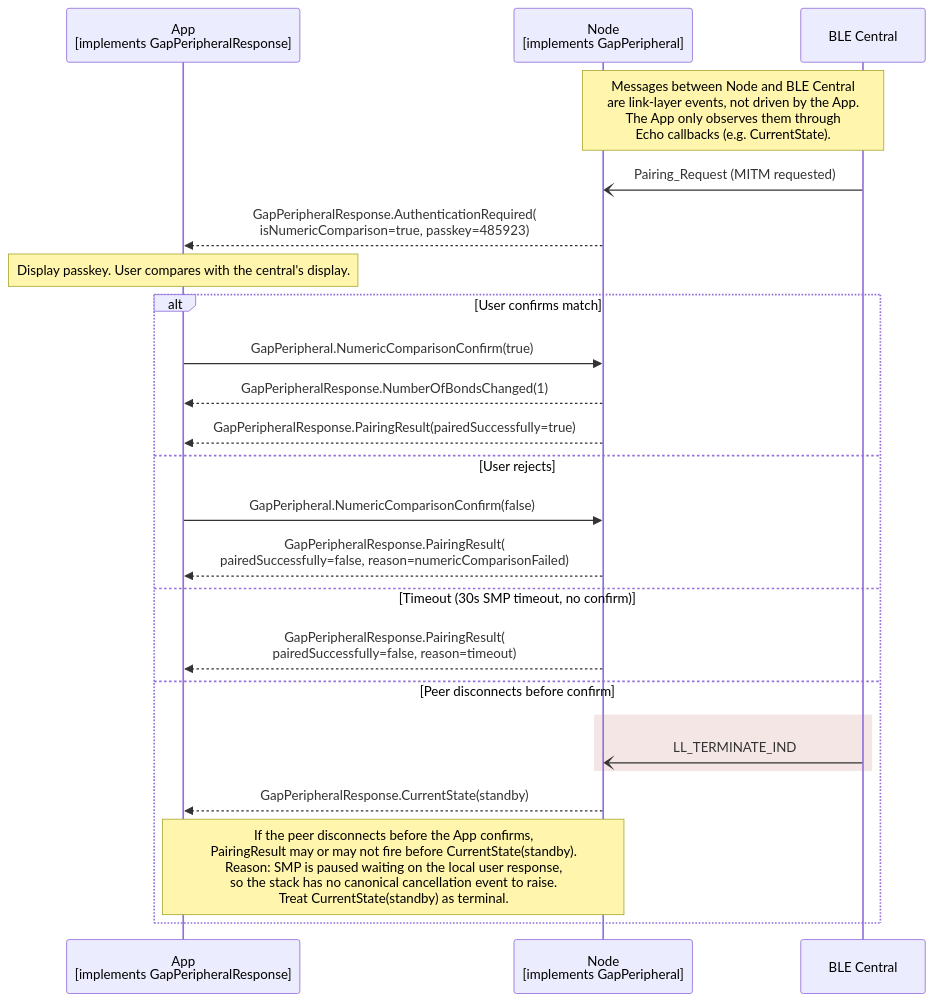
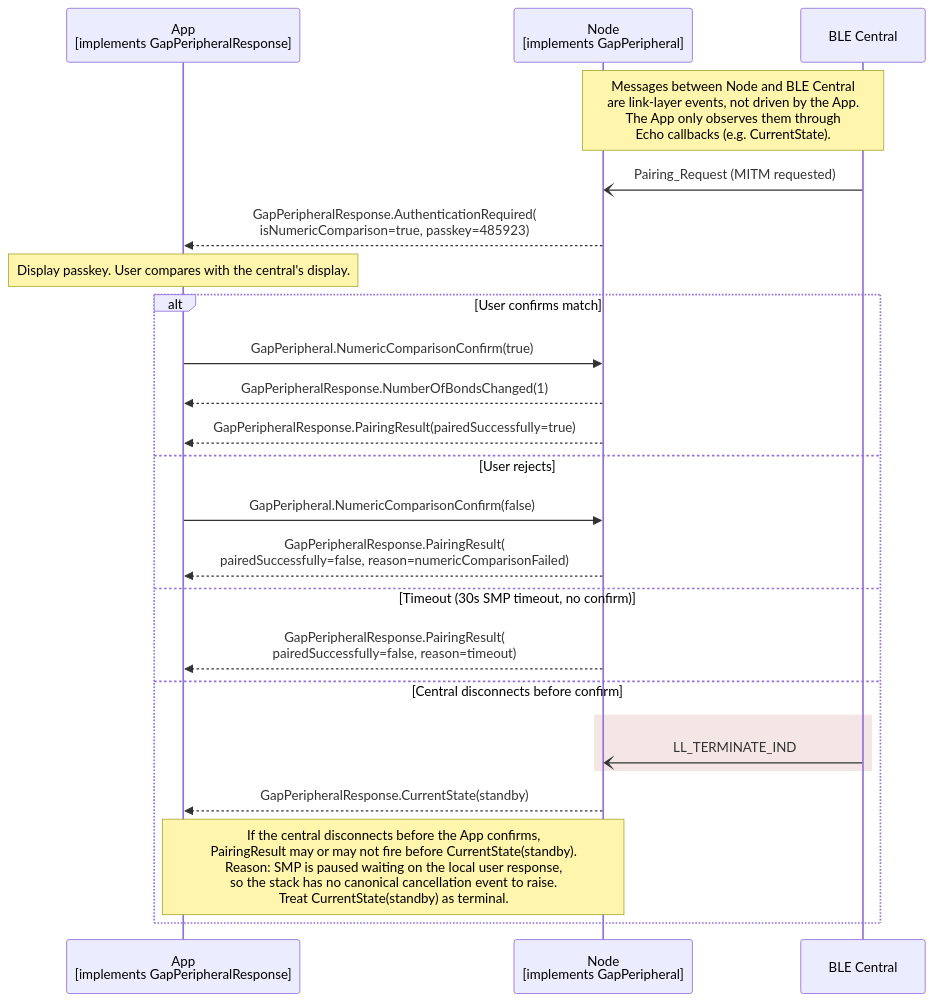
Before and after one commit to philips-software/amp-embedded-infra-lib: the diagram in documents/modules/ROOT/partials/echoservices/gap_peripheral/GapPeripheral_NumericComparisonConfirm_sequence.mmd, drawn with Mermaid. The commit also changed 10 other files, not shown here.

```diff
--- a/documents/modules/ROOT/partials/echoservices/gap_peripheral/GapPeripheral_NumericComparisonConfirm_sequence.mmd
+++ b/documents/modules/ROOT/partials/echoservices/gap_peripheral/GapPeripheral_NumericComparisonConfirm_sequence.mmd
@@ -1,28 +1,28 @@
 sequenceDiagram
     participant App as App<br>[implements GapPeripheralResponse]
     participant Node as Node<br>[implements GapPeripheral]
     participant Central as BLE Central
 
     Note over Node, Central: Messages between Node and BLE Central<br>are link-layer events, not driven by the App.<br>The App only observes them through<br>Echo callbacks (e.g. CurrentState).
 
     Central-)Node: Pairing_Request (MITM requested)
     Node-->>App: GapPeripheralResponse.AuthenticationRequired(<br>isNumericComparison=true, passkey=485923)
 
     Note over App: Display passkey. User compares with the central's display.
 
     alt User confirms match
         App->>Node: GapPeripheral.NumericComparisonConfirm(true)
         Node-->>App: GapPeripheralResponse.NumberOfBondsChanged(1)
         Node-->>App: GapPeripheralResponse.PairingResult(pairedSuccessfully=true)
     else User rejects
         App->>Node: GapPeripheral.NumericComparisonConfirm(false)
         Node-->>App: GapPeripheralResponse.PairingResult(<br>pairedSuccessfully=false, reason=numericComparisonFailed)
     else Timeout (30s SMP timeout, no confirm)
         Node-->>App: GapPeripheralResponse.PairingResult(<br>pairedSuccessfully=false, reason=timeout)
-    else Peer disconnects before confirm
+    else Central disconnects before confirm
         rect rgb(245, 230, 230)
             Central-)Node: LL_TERMINATE_IND
         end
         Node-->>App: GapPeripheralResponse.CurrentState(standby)
-        Note over App, Node: If the peer disconnects before the App confirms,<br>PairingResult may or may not fire before CurrentState(standby).<br>Reason: SMP is paused waiting on the local user response,<br>so the stack has no canonical cancellation event to raise.<br>Treat CurrentState(standby) as terminal.
+        Note over App, Node: If the central disconnects before the App confirms,<br>PairingResult may or may not fire before CurrentState(standby).<br>Reason: SMP is paused waiting on the local user response,<br>so the stack has no canonical cancellation event to raise.<br>Treat CurrentState(standby) as terminal.
     end
```
